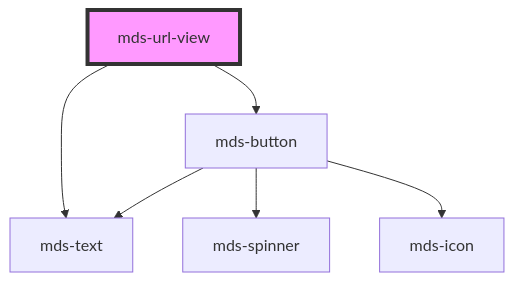
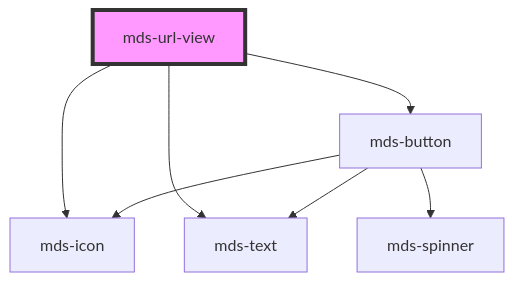
Before and after one commit to magma-design-system/magma: the diagram in projects/stencil/src/components/mds-url-view/readme.md, drawn with Mermaid. The commit also changed other lines of this file and 7 other files, not shown here.

Commit message:
change(mds-url-view): remove domain prop in favor of label

````diff
--- a/projects/stencil/src/components/mds-url-view/readme.md
+++ b/projects/stencil/src/components/mds-url-view/readme.md
@@ -57,9 +49,10 @@
 ```mermaid
 graph TD;
+  mds-url-view --> mds-icon
   mds-url-view --> mds-text
   mds-url-view --> mds-button
   mds-button --> mds-spinner
   mds-button --> mds-icon
   mds-button --> mds-text
   style mds-url-view fill:#f9f,stroke:#333,stroke-width:4px
 ```
````
